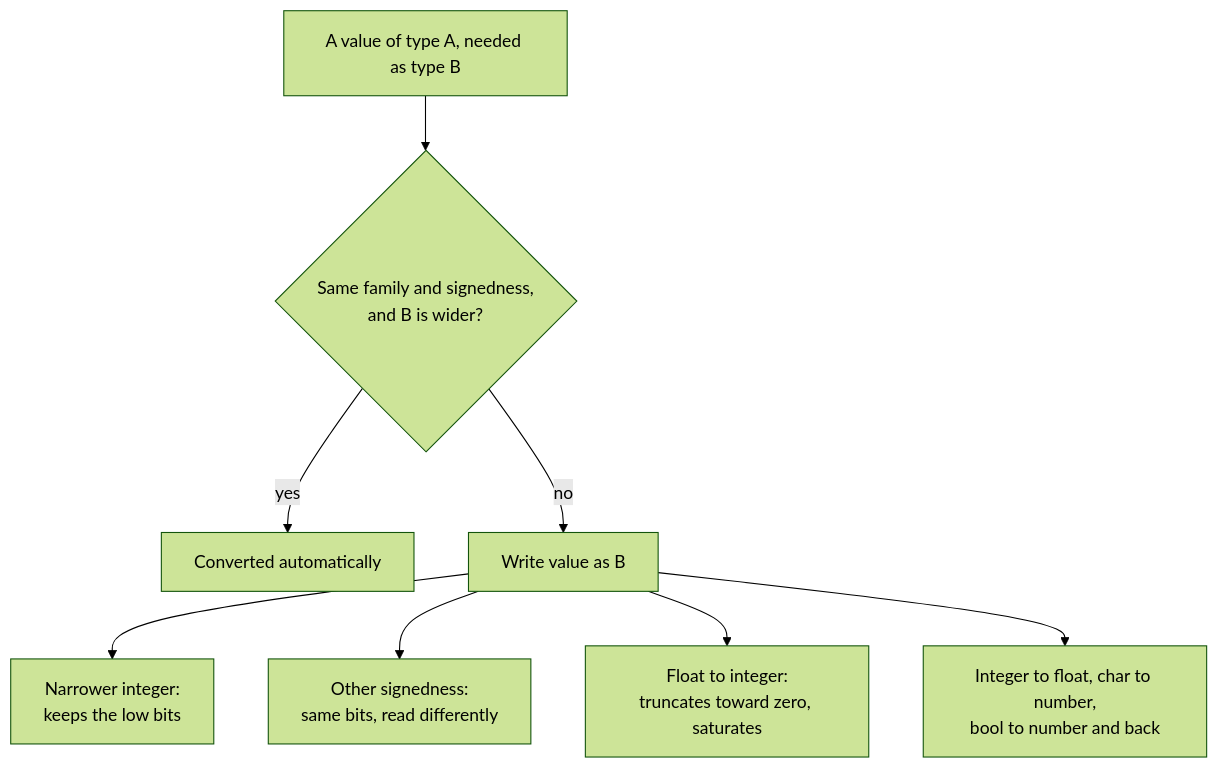
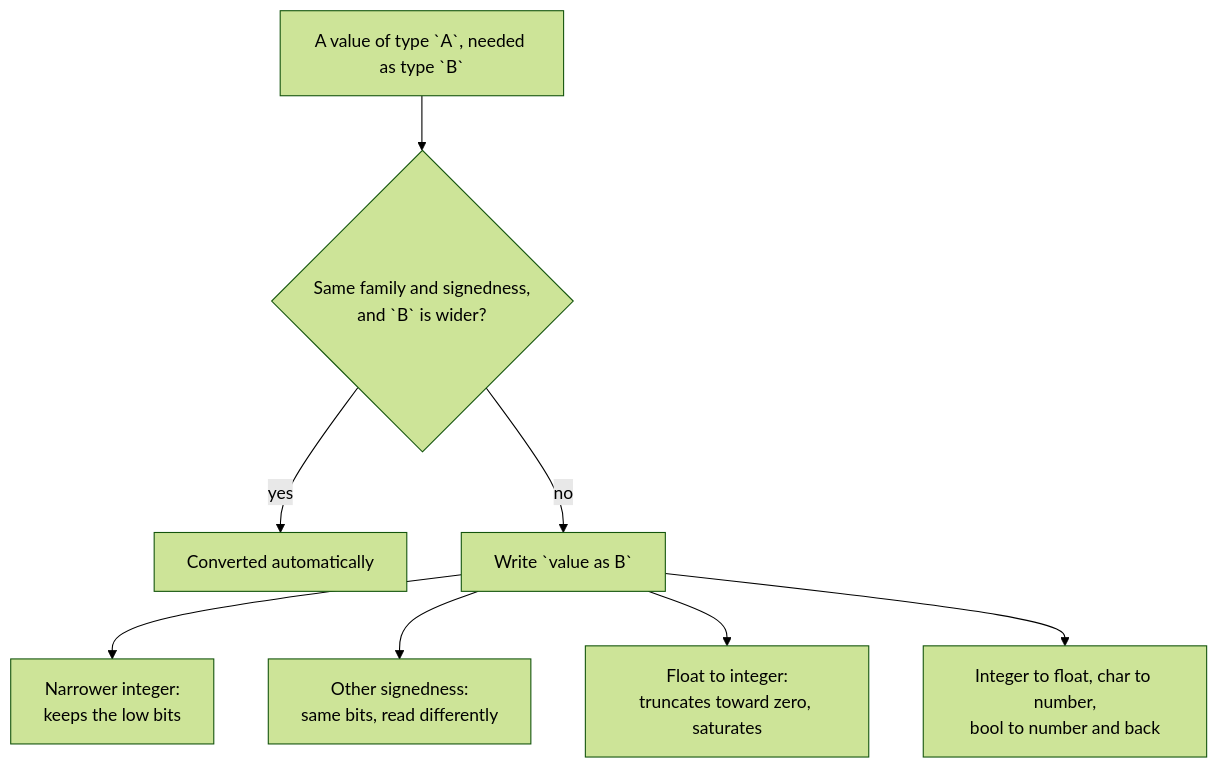
Before and after one commit to rux-lang/Web: the diagram in content/docs/1.learn/01.basics/12.convert.md, drawn with Mermaid (forest theme). The commit also changed 49 other files, not shown here.

````diff
--- a/content/docs/1.learn/01.basics/12.convert.md
+++ b/content/docs/1.learn/01.basics/12.convert.md
@@ -36,10 +36,10 @@
 ```mermaid
 flowchart TD
-    src["A value of type A, needed as type B"] --> w{"Same family and signedness,<br/>and B is wider?"}
+    src["A value of type `A`, needed as type `B`"] --> w{"Same family and signedness,<br/>and `B` is wider?"}
     w -- "yes" --> auto["Converted automatically"]
-    w -- "no" --> as["Write value as B"]
+    w -- "no" --> as["Write `value as B`"]
     as --> n["Narrower integer:<br/>keeps the low bits"]
     as --> s["Other signedness:<br/>same bits, read differently"]
     as --> f2i["Float to integer:<br/>truncates toward zero, saturates"]
     as --> i2f["Integer to float, char to number,<br/>bool to number and back"]
 ```
````
